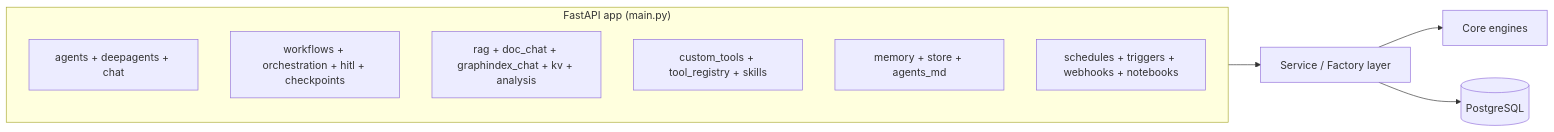
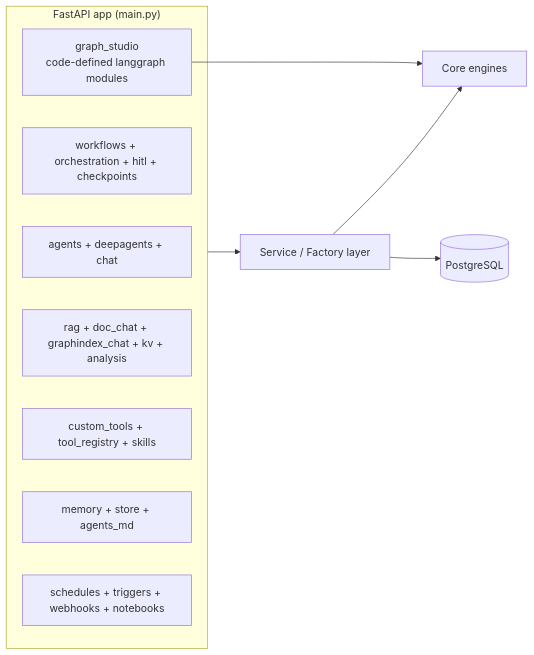
One commit to sailor723/langconfig changed the fourth of 14 diagrams in docs/system-architecture.md. Above: the diagram before and after it, drawn with Mermaid. The commit also changed other lines of this file and 15 other files, not shown here.

First line of the commit message:
feat(graph): Graph Engineering activity — native graph studio in the IDE

````diff
--- a/docs/system-architecture.md
+++ b/docs/system-architecture.md
@@ -265,14 +270,16 @@
 ```mermaid
 flowchart LR
     subgraph Routers["FastAPI app (main.py)"]
         RA["agents + deepagents + chat"]
         RW["workflows + orchestration + hitl + checkpoints"]
+        RG["graph_studio<br/>code-defined langgraph modules"]
         RK["rag + doc_chat + graphindex_chat + kv + analysis"]
         RT["custom_tools + tool_registry + skills"]
         RM["memory + store + agents_md"]
         RX["schedules + triggers + webhooks + notebooks"]
     end
     Routers --> SVC["Service / Factory layer"]
     SVC --> CORE["Core engines"]
     SVC --> DB[("PostgreSQL")]
+    RG --> CORE
 ```
````
